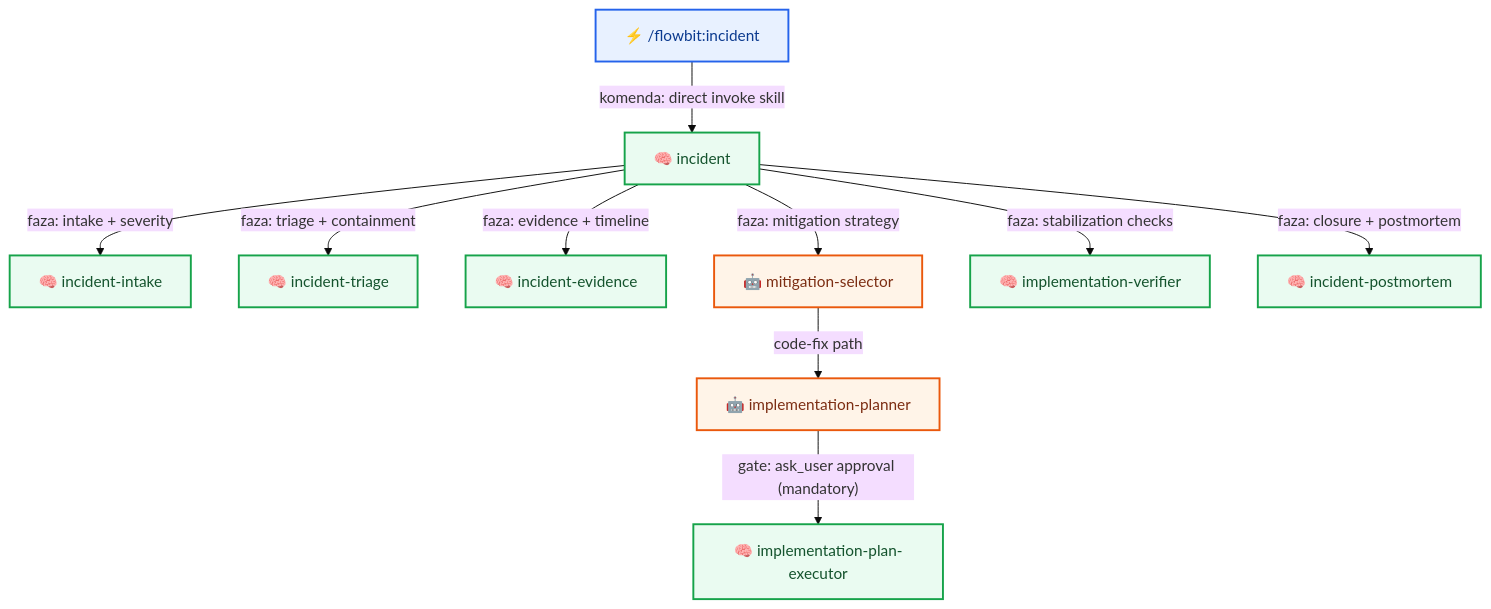
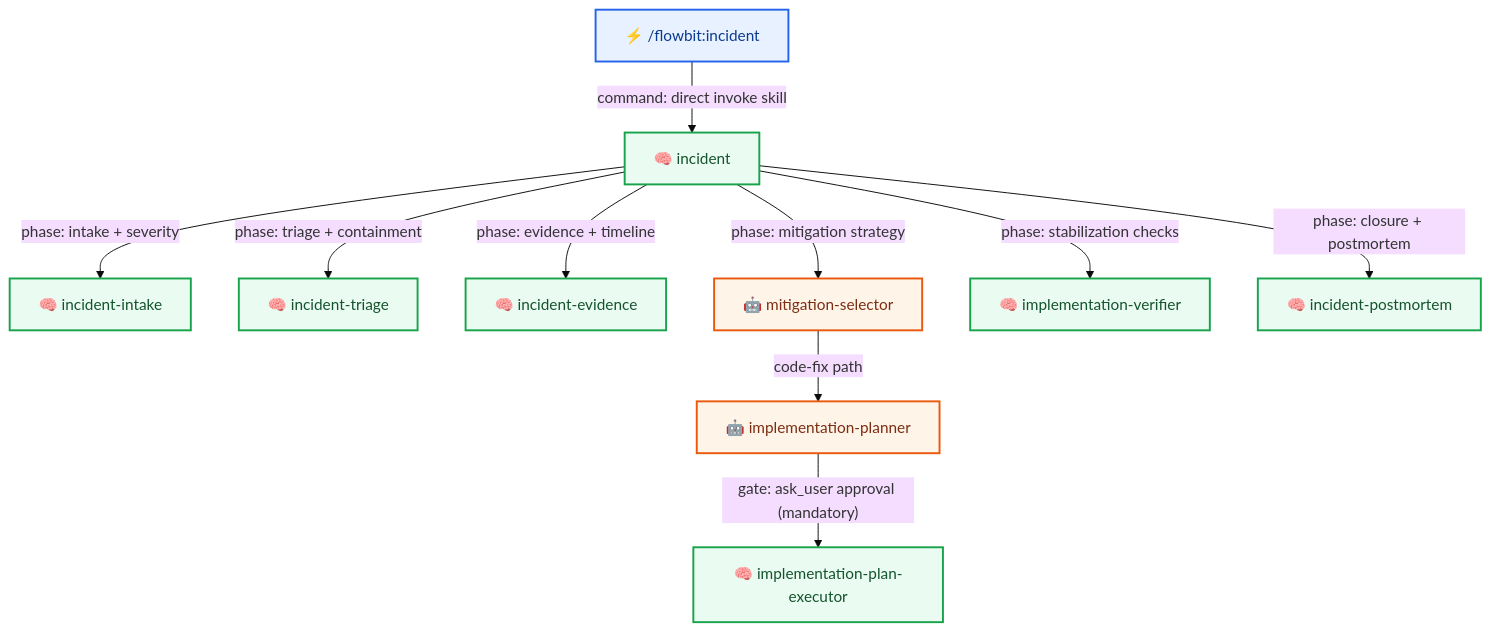
One commit to plucins/flowbit changed the eighth of 8 diagrams in docs/flow/overview.md. Above: the diagram before and after it, drawn with Mermaid (base theme). The commit also changed other lines of this file and 11 other files, not shown here.

````diff
--- a/docs/flow/overview.md
+++ b/docs/flow/overview.md
@@ -245,19 +259,19 @@
 ```mermaid
 graph TD
-  INC["⚡ /flowbit:incident"] -- "komenda: direct invoke skill" --> S_INC["🧠 incident"]
-  S_INC -- "faza: intake + severity" --> S_INC_INTAKE["🧠 incident-intake"]
-  S_INC -- "faza: triage + containment" --> S_INC_TRIAGE["🧠 incident-triage"]
-  S_INC -- "faza: evidence + timeline" --> S_INC_EVID["🧠 incident-evidence"]
-  S_INC -- "faza: mitigation strategy" --> A_MIT["🤖 mitigation-selector"]
+  INC["⚡ /flowbit:incident"] -- "command: direct invoke skill" --> S_INC["🧠 incident"]
+  S_INC -- "phase: intake + severity" --> S_INC_INTAKE["🧠 incident-intake"]
+  S_INC -- "phase: triage + containment" --> S_INC_TRIAGE["🧠 incident-triage"]
+  S_INC -- "phase: evidence + timeline" --> S_INC_EVID["🧠 incident-evidence"]
+  S_INC -- "phase: mitigation strategy" --> A_MIT["🤖 mitigation-selector"]
   A_MIT -- "code-fix path" --> A_PLAN["🤖 implementation-planner"]
   A_PLAN -- "gate: ask_user approval (mandatory)" --> S_IMPL_EXEC["🧠 implementation-plan-executor"]
-  S_INC -- "faza: stabilization checks" --> S_IMPL_VER["🧠 implementation-verifier"]
-  S_INC -- "faza: closure + postmortem" --> S_INC_POST["🧠 incident-postmortem"]
+  S_INC -- "phase: stabilization checks" --> S_IMPL_VER["🧠 implementation-verifier"]
+  S_INC -- "phase: closure + postmortem" --> S_INC_POST["🧠 incident-postmortem"]
 
   classDef cmd fill:#E8F1FF,stroke:#2563EB,stroke-width:2px,color:#0B3A8F;
   classDef skill fill:#EAFBF1,stroke:#16A34A,stroke-width:2px,color:#14532D;
   classDef agent fill:#FFF4E8,stroke:#EA580C,stroke-width:2px,color:#7C2D12;
   class INC cmd;
   class S_INC,S_INC_INTAKE,S_INC_TRIAGE,S_INC_EVID,S_IMPL_EXEC,S_IMPL_VER,S_INC_POST skill;
   class A_MIT,A_PLAN agent;
 ```
````
